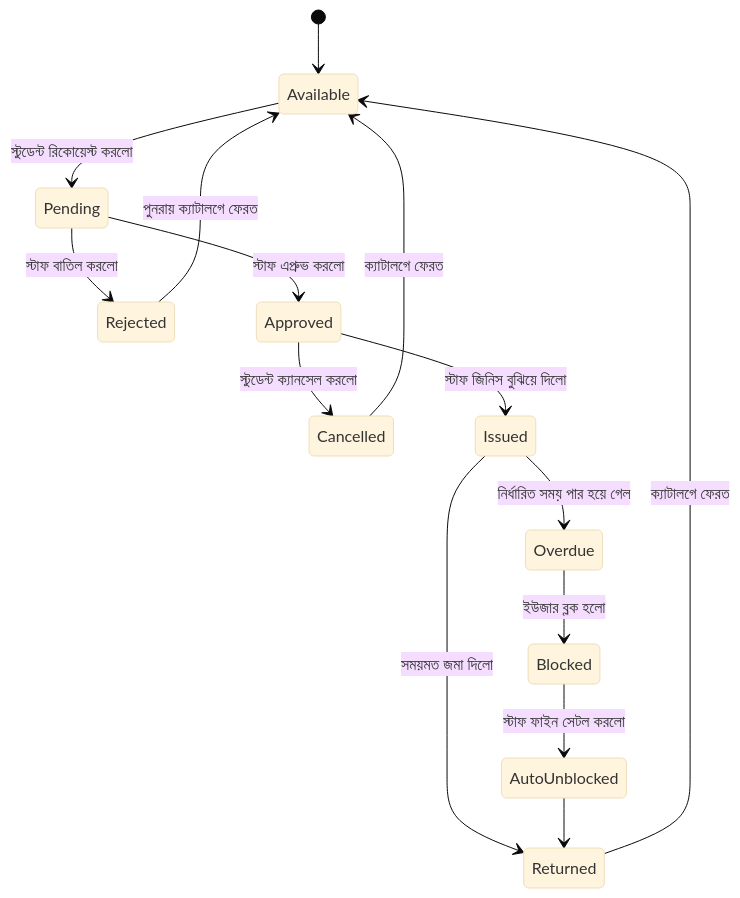
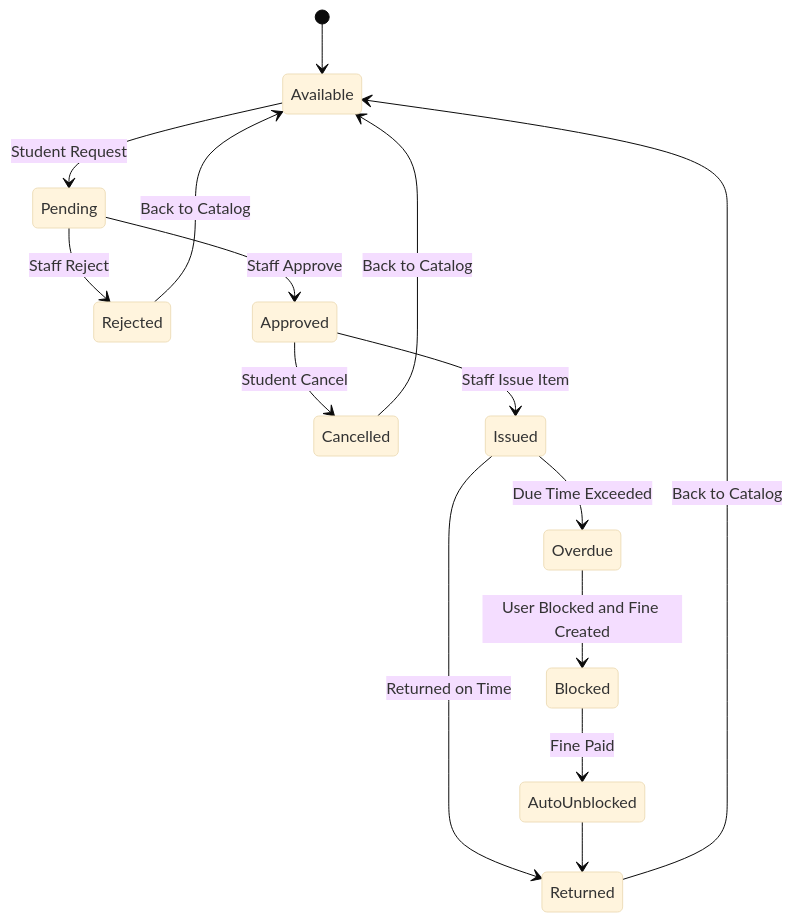
Before and after one commit to CodeWithPritom/EWUELS-Project: the second of 5 diagrams in PROJECT_GUIDE_BN.md, drawn with Mermaid (base theme). The commit also changed other lines of this file, not shown here.

````diff
--- a/PROJECT_GUIDE_BN.md
+++ b/PROJECT_GUIDE_BN.md
@@ -71,17 +71,17 @@
 ```mermaid
 stateDiagram-v2
     [*] --> Available
-    Available --> Pending : স্টুডেন্ট রিকোয়েস্ট করলো
-    Pending --> Rejected : স্টাফ বাতিল করলো
-    Rejected --> Available : পুনরায় ক্যাটালগে ফেরত
-    Pending --> Approved : স্টাফ এপ্রুভ করলো
-    Approved --> Cancelled : স্টুডেন্ট ক্যানসেল করলো
-    Cancelled --> Available : ক্যাটালগে ফেরত
-    Approved --> Issued : স্টাফ জিনিস বুঝিয়ে দিলো
-    Issued --> Returned : সময়মত জমা দিলো
-    Returned --> Available : ক্যাটালগে ফেরত
-    Issued --> Overdue : নির্ধারিত সময় পার হয়ে গেল
-    Overdue --> Blocked : ইউজার ব্লক হলো
-    Blocked --> AutoUnblocked : স্টাফ ফাইন সেটল করলো
+    Available --> Pending : Student Request
+    Pending --> Rejected : Staff Reject
+    Rejected --> Available : Back to Catalog
+    Pending --> Approved : Staff Approve
+    Approved --> Cancelled : Student Cancel
+    Cancelled --> Available : Back to Catalog
+    Approved --> Issued : Staff Issue Item
+    Issued --> Returned : Returned on Time
+    Returned --> Available : Back to Catalog
+    Issued --> Overdue : Due Time Exceeded
+    Overdue --> Blocked : User Blocked and Fine Created
+    Blocked --> AutoUnblocked : Fine Paid
     AutoUnblocked --> Returned
 ```
````
